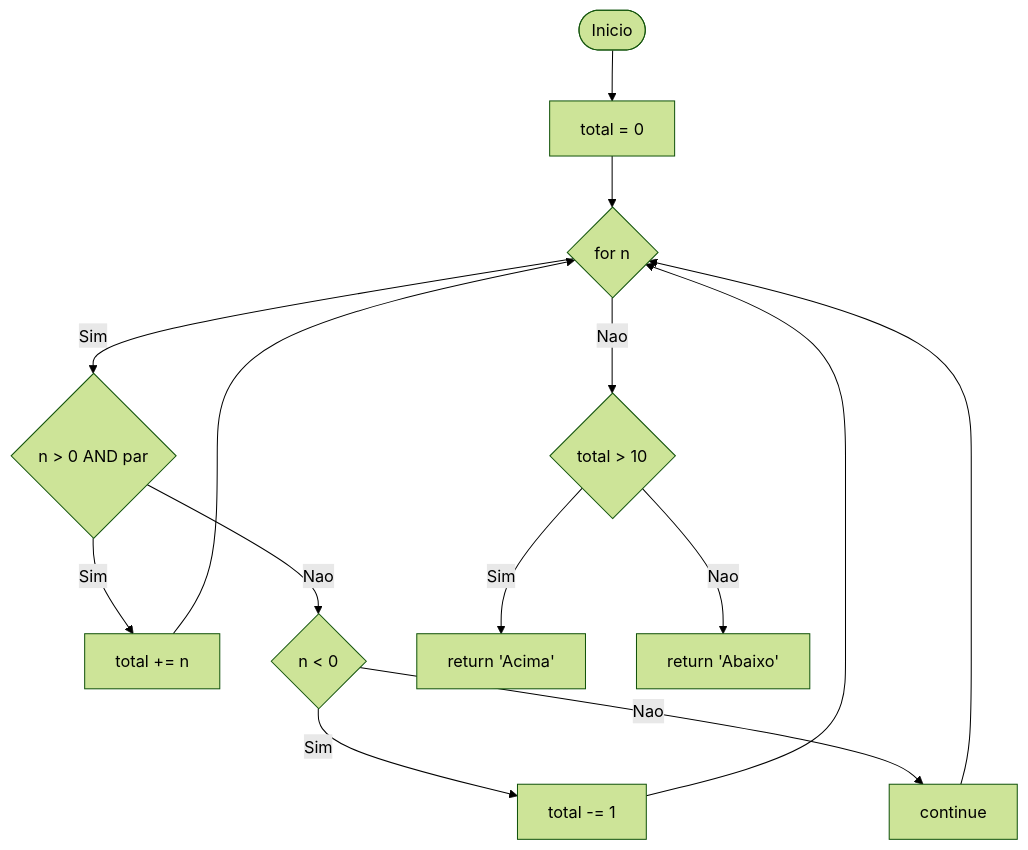
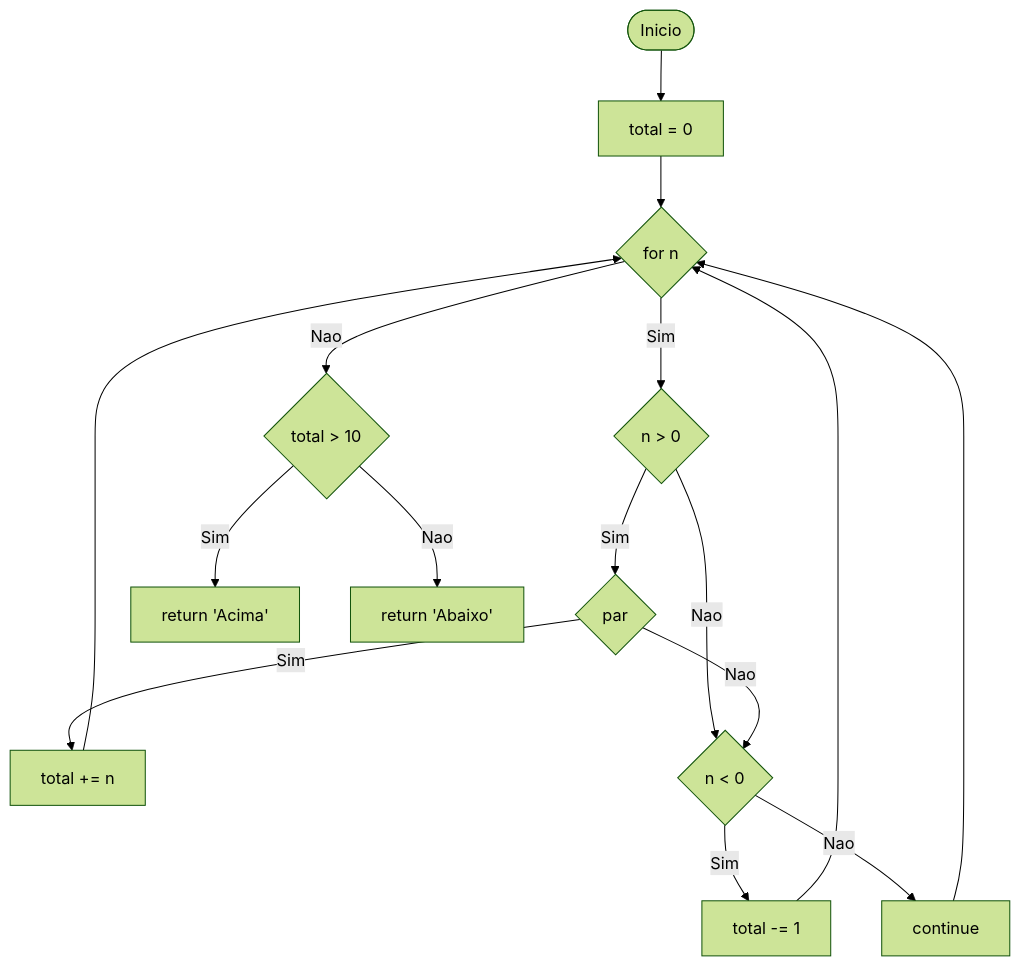
Before and after one commit to LuiisMarim/Simula-o-e-teste-de-software-: the sixth of 8 diagrams in Lab04/doc/link.md, drawn with Mermaid (forest theme). The commit also changed other lines of this file, not shown here.

Commit message:
Update flowchart logic and add complexity section

````diff
--- a/Lab04/doc/link.md
+++ b/Lab04/doc/link.md
@@ -373,28 +377,37 @@
 ```mermaid
 flowchart TD
     A(["Inicio"])
     B["total = 0"]
     C{"for n"}
-    D{"n > 0 AND par"}
-    E["total += n"]
-    F{"n < 0"}
-    G["total -= 1"]
-    H["continue"]
-    I{"total > 10"}
-    J["return 'Acima'"]
-    K["return 'Abaixo'"]
+    D{"n > 0"}
+    E{"par"}
+    F["total += n"]
+    G{"n < 0"}
+    H["total -= 1"]
+    I["continue"]
+    J{"total > 10"}
+    K["return 'Acima'"]
+    L["return 'Abaixo'"]
 
     A --> B
     B --> C
     C -- Sim --> D
-    C -- Nao --> I
+    C -- Nao --> J
+
     D -- Sim --> E
-    D -- Nao --> F
-    E --> C
-    F -- Sim --> G
-    F -- Nao --> H
-    G --> C
+    D -- Nao --> G
+
+    E -- Sim --> F
+    E -- Nao --> G
+
+    F --> C
+
+    G -- Sim --> H
+    G -- Nao --> I
+
     H --> C
-    I -- Sim --> J
-    I -- Nao --> K
+    I --> C
+
+    J -- Sim --> K
+    J -- Nao --> L
 ```
````
